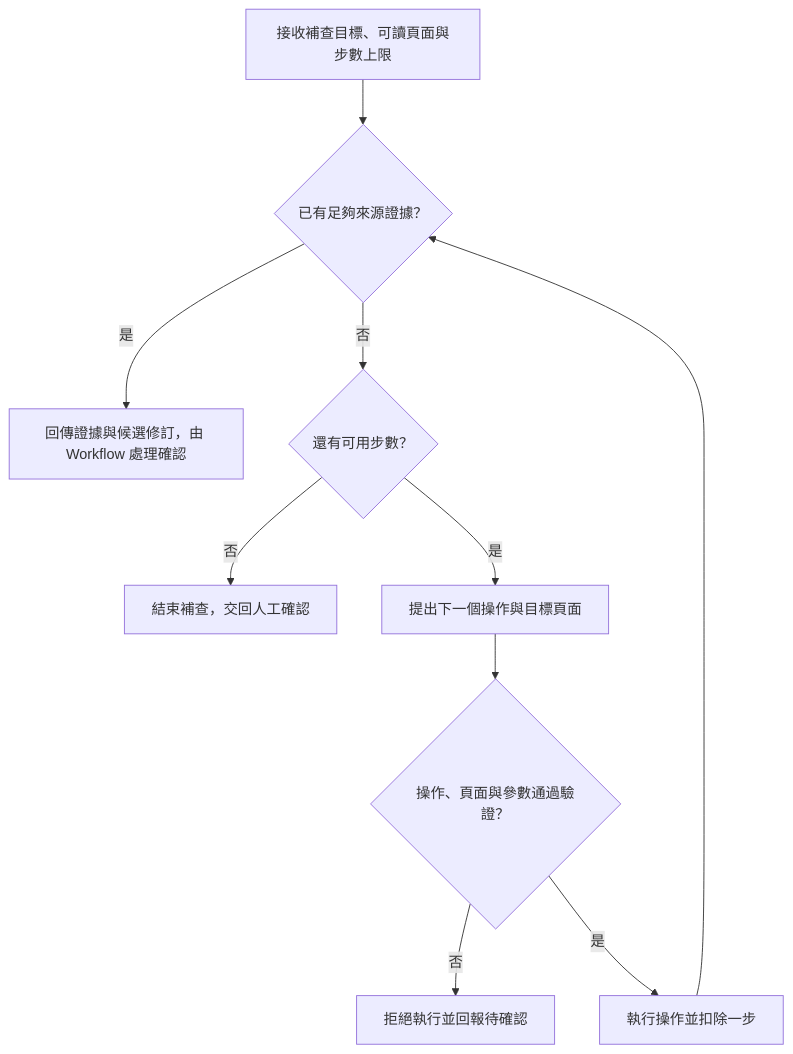
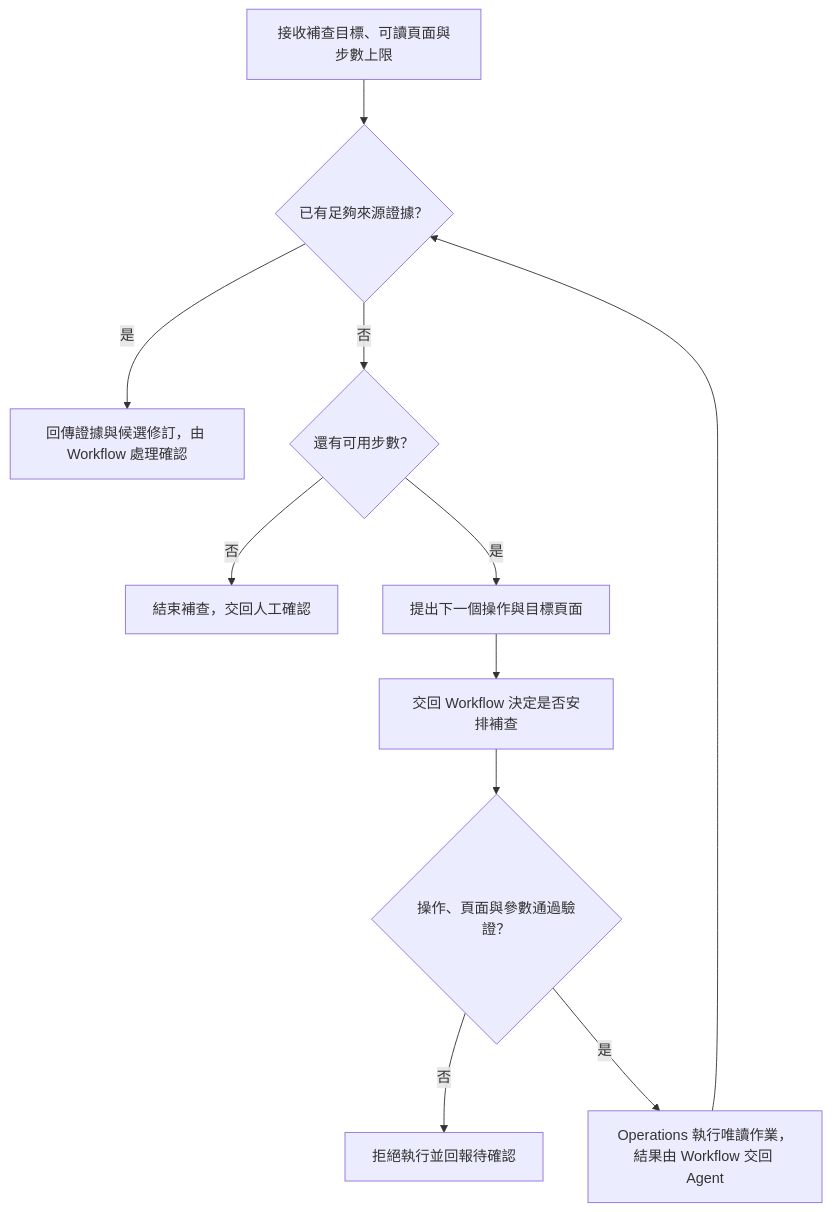
One commit to 963sup/line-mini-app-bot changed the diagram in docs/domains/agent/design.md. Above: the diagram before and after it, drawn with Mermaid. The commit also changed other lines of this file and 38 other files, not shown here.

````diff
--- a/docs/domains/agent/design.md
+++ b/docs/domains/agent/design.md
@@ -25,12 +42,13 @@
 ```mermaid
 flowchart TD
     task["接收補查目標、可讀頁面與步數上限"] --> evidence{"已有足夠來源證據？"}
     evidence -->|是| found["回傳證據與候選修訂，由 Workflow 處理確認"]
     evidence -->|否| budget{"還有可用步數？"}
     budget -->|否| handoff["結束補查，交回人工確認"]
     budget -->|是| propose["提出下一個操作與目標頁面"]
-    propose --> allowed{"操作、頁面與參數通過驗證？"}
+    propose --> dispatch["交回 Workflow 決定是否安排補查"]
+    dispatch --> allowed{"操作、頁面與參數通過驗證？"}
     allowed -->|否| denied["拒絕執行並回報待確認"]
-    allowed -->|是| readPage["執行操作並扣除一步"]
+    allowed -->|是| readPage["Operations 執行唯讀作業，結果由 Workflow 交回 Agent"]
     readPage --> evidence
 ```
````
